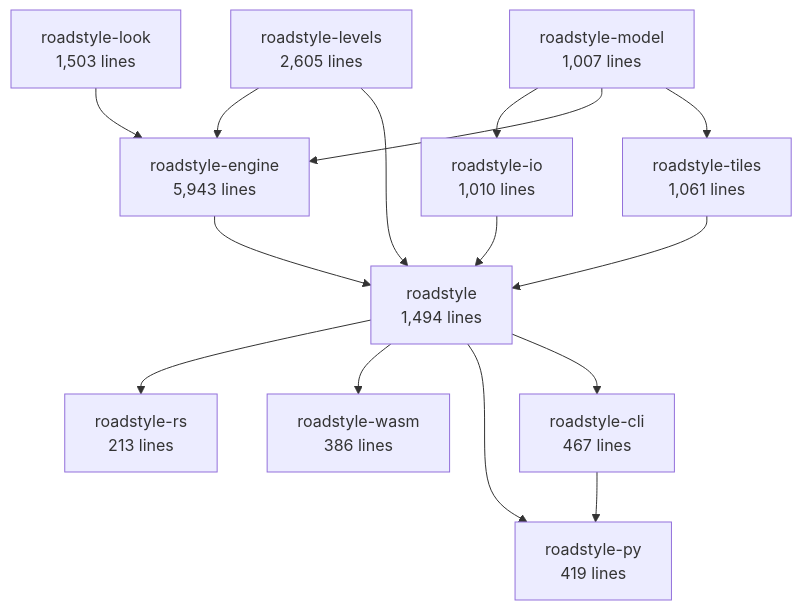
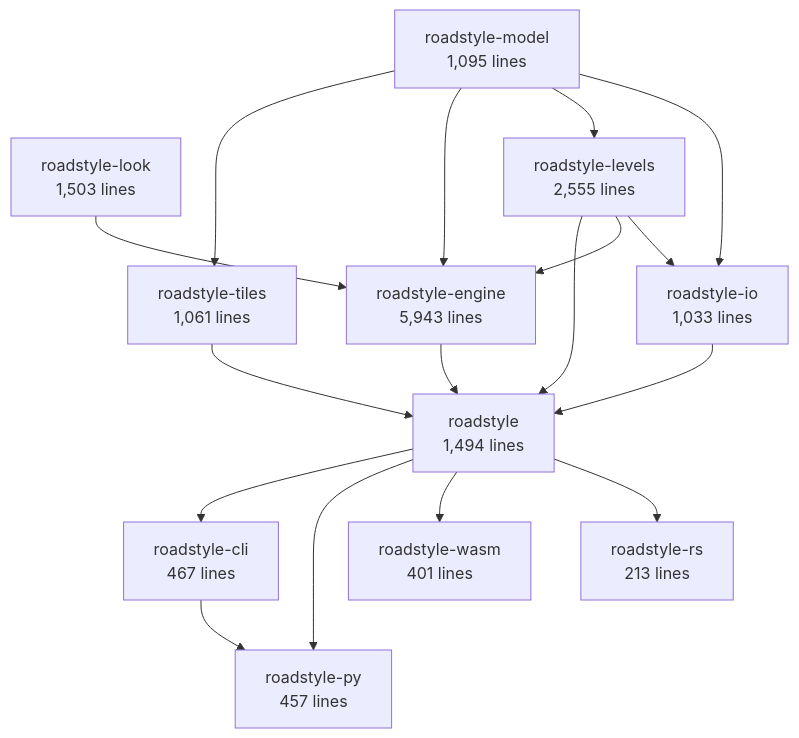
Before and after one commit to Khoshkhah/roadstyle: the second of 6 diagrams in docs/rust/architecture.md, drawn with Mermaid. The commit also changed other lines of this file and 10 other files, not shown here.

````diff
--- a/docs/rust/architecture.md
+++ b/docs/rust/architecture.md
@@ -69,28 +69,30 @@
 ```mermaid
 flowchart TB
-    roadstyle_model["roadstyle-model<br/>1,007 lines"]
+    roadstyle_model["roadstyle-model<br/>1,095 lines"]
     roadstyle_look["roadstyle-look<br/>1,503 lines"]
-    roadstyle_io["roadstyle-io<br/>1,010 lines"]
-    roadstyle_levels["roadstyle-levels<br/>2,605 lines"]
+    roadstyle_io["roadstyle-io<br/>1,033 lines"]
+    roadstyle_levels["roadstyle-levels<br/>2,555 lines"]
     roadstyle_engine["roadstyle-engine<br/>5,943 lines"]
     roadstyle_tiles["roadstyle-tiles<br/>1,061 lines"]
     roadstyle["roadstyle<br/>1,494 lines"]
     roadstyle_rs["roadstyle-rs<br/>213 lines"]
-    roadstyle_wasm["roadstyle-wasm<br/>386 lines"]
-    roadstyle_py["roadstyle-py<br/>419 lines"]
+    roadstyle_wasm["roadstyle-wasm<br/>401 lines"]
+    roadstyle_py["roadstyle-py<br/>457 lines"]
     roadstyle_cli["roadstyle-cli<br/>467 lines"]
+    roadstyle_levels --> roadstyle_io
     roadstyle_model --> roadstyle_io
+    roadstyle_model --> roadstyle_levels
     roadstyle_levels --> roadstyle_engine
     roadstyle_look --> roadstyle_engine
     roadstyle_model --> roadstyle_engine
     roadstyle_model --> roadstyle_tiles
     roadstyle_engine --> roadstyle
     roadstyle_io --> roadstyle
     roadstyle_levels --> roadstyle
     roadstyle_tiles --> roadstyle
     roadstyle --> roadstyle_rs
     roadstyle --> roadstyle_wasm
     roadstyle --> roadstyle_py
     roadstyle_cli --> roadstyle_py
     roadstyle --> roadstyle_cli
 ```
````
